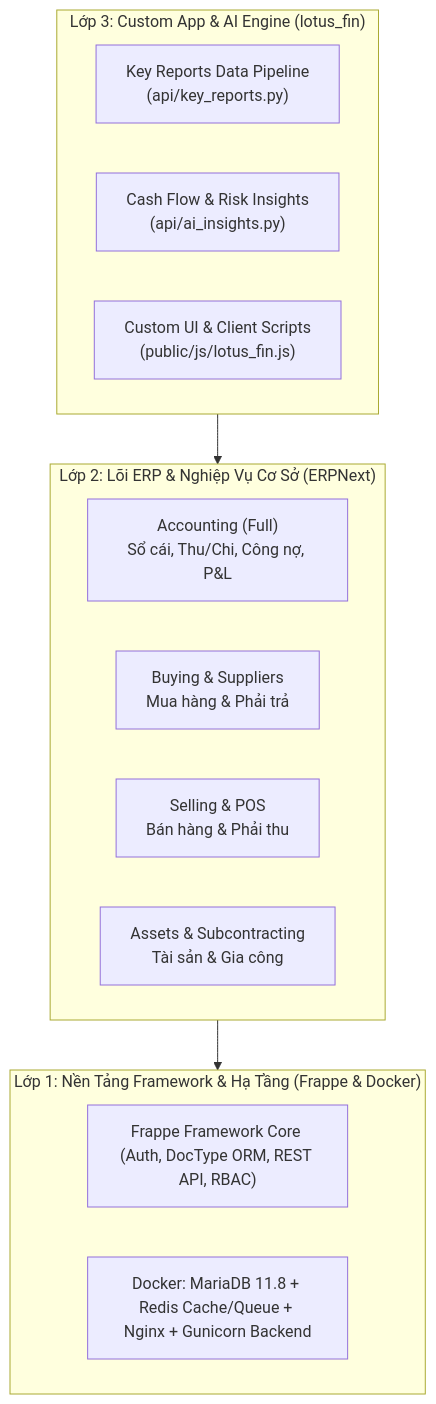
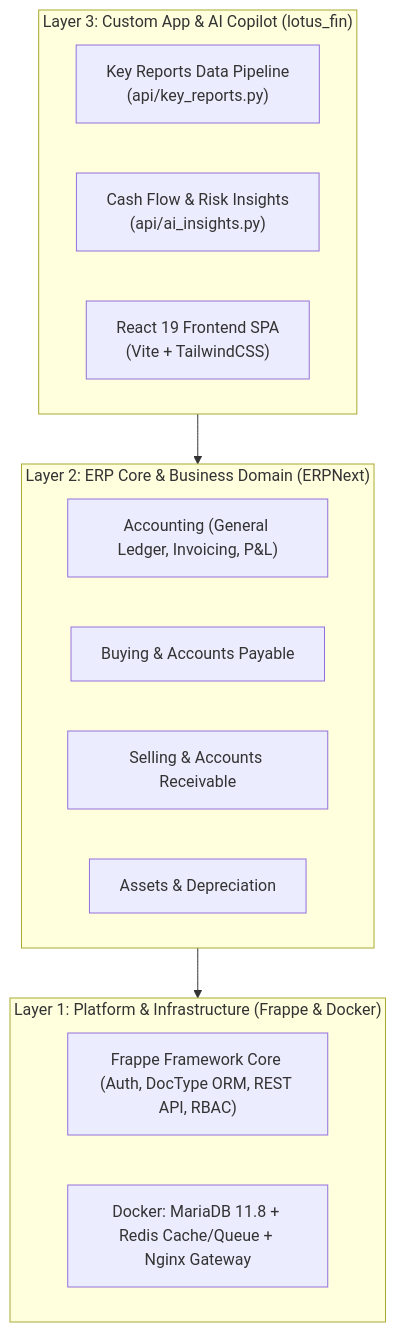
Before and after one commit to trungkienit25/lotus-fin: the diagram in docs/SETUP_AND_AI_ONBOARDING_GUIDE.md, drawn with Mermaid. The commit also changed other lines of this file and 17 other files, not shown here.

````diff
--- a/docs/SETUP_AND_AI_ONBOARDING_GUIDE.md
+++ b/docs/SETUP_AND_AI_ONBOARDING_GUIDE.md
@@ -11,23 +11,23 @@
 ```mermaid
 flowchart TD
-    subgraph Layer3["Lớp 3: Custom App & AI Engine (lotus_fin)"]
+    subgraph Layer3["Layer 3: Custom App & AI Copilot (lotus_fin)"]
         AI_PIPELINE["Key Reports Data Pipeline\n(api/key_reports.py)"]
         AI_INSIGHTS["Cash Flow & Risk Insights\n(api/ai_insights.py)"]
-        CUSTOM_UI["Custom UI & Client Scripts\n(public/js/lotus_fin.js)"]
+        CUSTOM_UI["React 19 Frontend SPA\n(Vite + TailwindCSS)"]
     end
 
-    subgraph Layer2["Lớp 2: Lõi ERP & Nghiệp Vụ Cơ Sở (ERPNext)"]
-        ACC["Accounting (Full)\nSổ cái, Thu/Chi, Công nợ, P&L"]
-        BUY["Buying & Suppliers\nMua hàng & Phải trả"]
-        SELL["Selling & POS\nBán hàng & Phải thu"]
-        ASSETS["Assets & Subcontracting\nTài sản & Gia công"]
+    subgraph Layer2["Layer 2: ERP Core & Business Domain (ERPNext)"]
+        ACC["Accounting (General Ledger, Invoicing, P&L)"]
+        BUY["Buying & Accounts Payable"]
+        SELL["Selling & Accounts Receivable"]
+        ASSETS["Assets & Depreciation"]
     end
 
-    subgraph Layer1["Lớp 1: Nền Tảng Framework & Hạ Tầng (Frappe & Docker)"]
+    subgraph Layer1["Layer 1: Platform & Infrastructure (Frappe & Docker)"]
         FRAPPE["Frappe Framework Core (Auth, DocType ORM, REST API, RBAC)"]
-        CONTAINERS["Docker: MariaDB 11.8 + Redis Cache/Queue + Nginx + Gunicorn Backend"]
+        CONTAINERS["Docker: MariaDB 11.8 + Redis Cache/Queue + Nginx Gateway"]
     end
 
     Layer3 --> Layer2
     Layer2 --> Layer1
 ```
````
